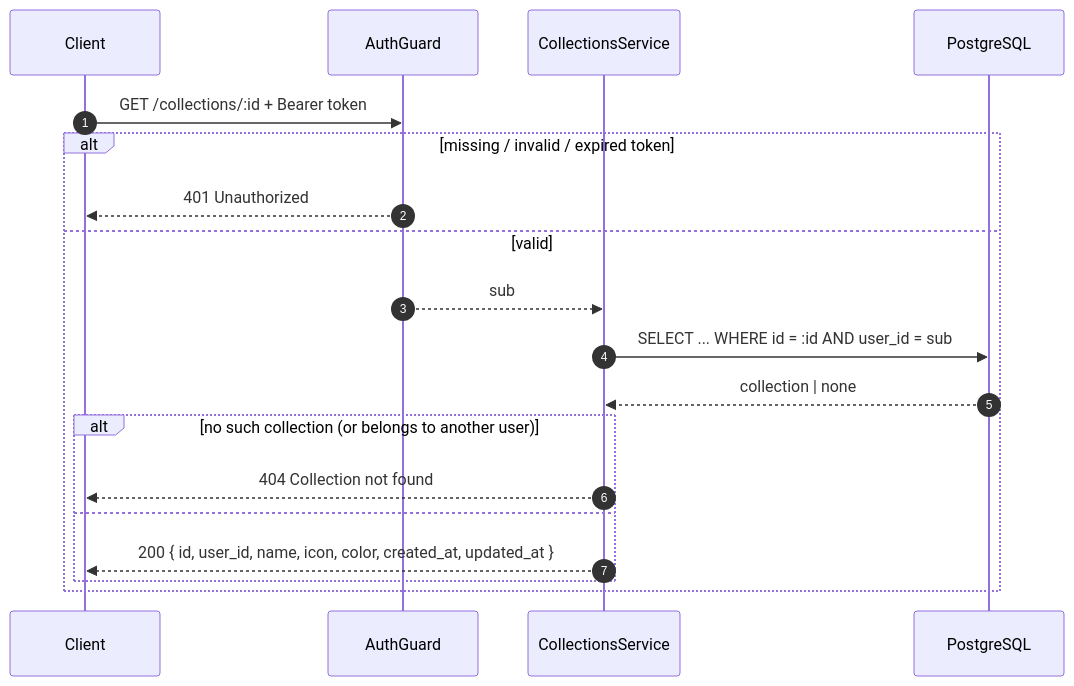
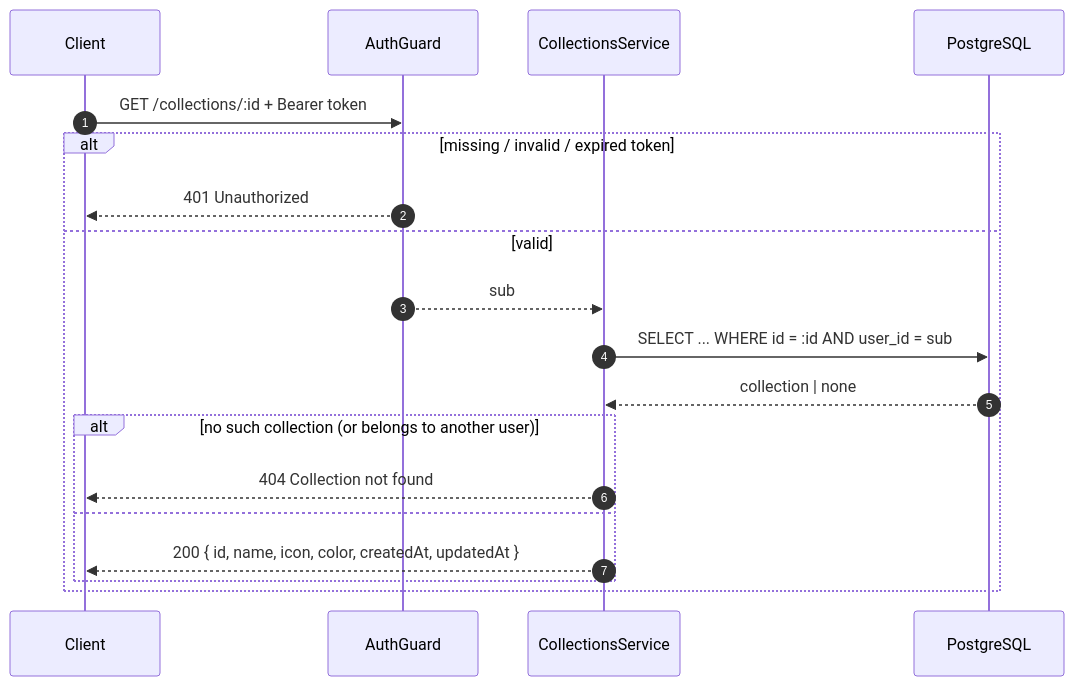
Before and after one commit to raunak-ray/LinkVault: the third of 5 diagrams in api/docs/collections/02-collection-management.md, drawn with Mermaid. The commit also changed other lines of this file and 46 other files, not shown here.

````diff
--- a/api/docs/collections/02-collection-management.md
+++ b/api/docs/collections/02-collection-management.md
@@ -77,22 +79,22 @@
 ```mermaid
 sequenceDiagram
     autonumber
     participant C as Client
     participant G as AuthGuard
     participant S as CollectionsService
     participant DB as PostgreSQL
 
     C->>G: GET /collections/:id + Bearer token
     alt missing / invalid / expired token
         G-->>C: 401 Unauthorized
     else valid
         G-->>S: sub
         S->>DB: SELECT ... WHERE id = :id AND user_id = sub
         DB-->>S: collection | none
         alt no such collection (or belongs to another user)
             S-->>C: 404 Collection not found
         else
-            S-->>C: 200 { id, user_id, name, icon, color, created_at, updated_at }
+            S-->>C: 200 { id, name, icon, color, createdAt, updatedAt }
         end
     end
 ```
````
